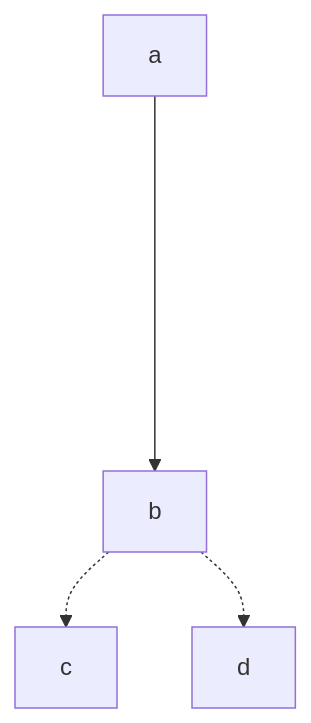
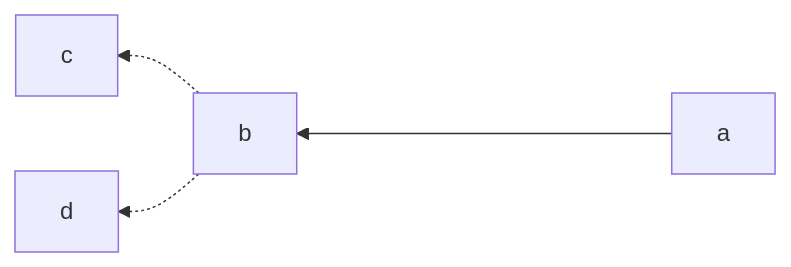
The diagram in Проба.md (johnthesmith/shoggoth), drawn with Mermaid before and after one commit.

Commit message:
Это текст

````diff
--- a/Проба.md
+++ b/Проба.md
@@ -102,5 +102,5 @@
 ```mermaid
-flowchart TB
+flowchart RL
 a ------> b
 b -.-> c & d
 ```
````
